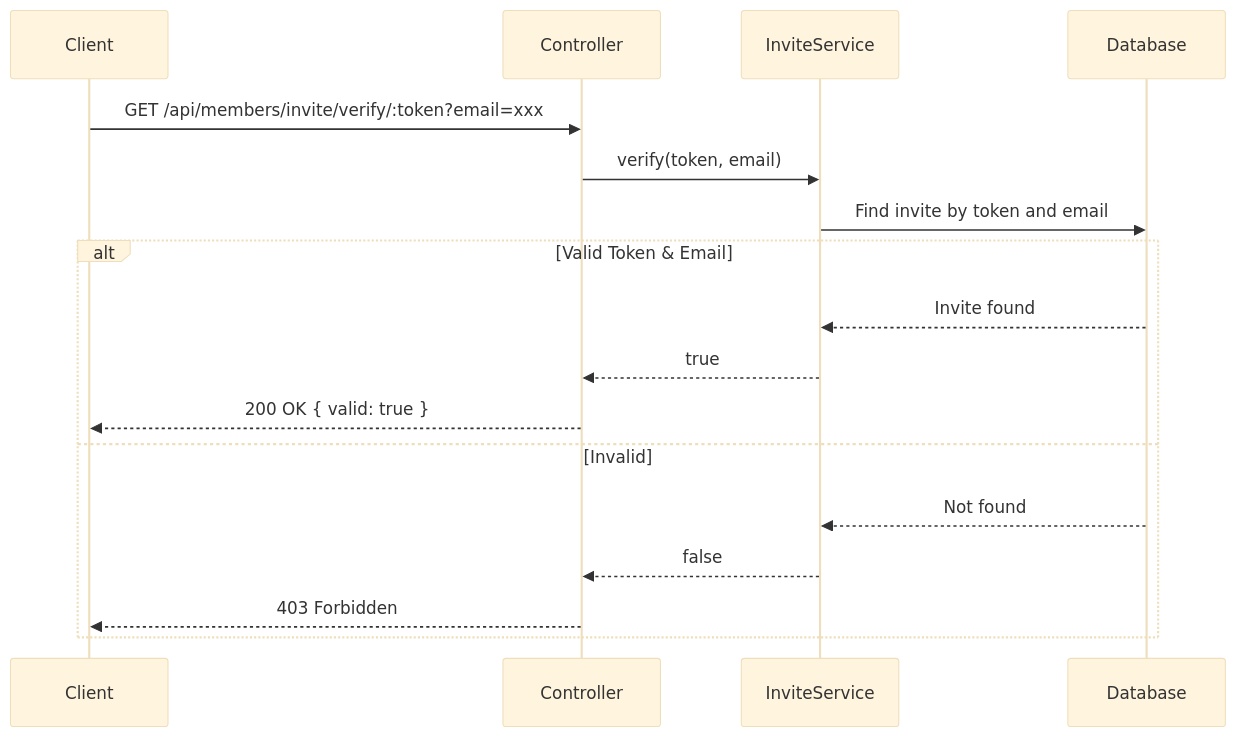
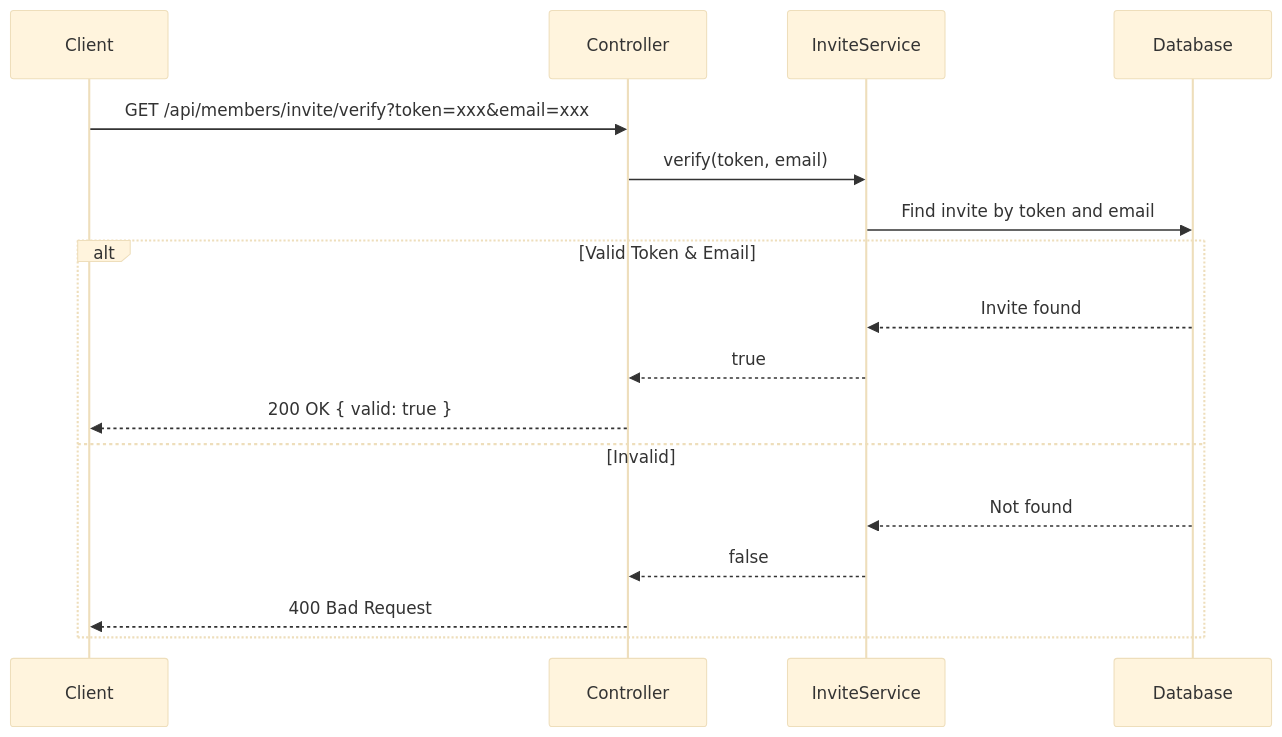
One commit to ivan-shalimov/community changed the third of 3 diagrams in community-web-api/src/modules/members/readme.md. Above: the diagram before and after it, drawn with Mermaid (base theme). The commit also changed other lines of this file and 1 other file, not shown here.

````diff
--- a/community-web-api/src/modules/members/readme.md
+++ b/community-web-api/src/modules/members/readme.md
@@ -115,21 +115,21 @@
 ```mermaid
 sequenceDiagram
     participant Client
     participant Controller
     participant InviteService
     participant Database
 
-    Client->>Controller: GET /api/members/invite/verify/:token?email=xxx
+    Client->>Controller: GET /api/members/invite/verify?token=xxx&email=xxx
     Controller->>InviteService: verify(token, email)
     InviteService->>Database: Find invite by token and email
     
     alt Valid Token & Email
         Database-->>InviteService: Invite found
         InviteService-->>Controller: true
         Controller-->>Client: 200 OK { valid: true }
     else Invalid
         Database-->>InviteService: Not found
         InviteService-->>Controller: false
-        Controller-->>Client: 403 Forbidden
+        Controller-->>Client: 400 Bad Request
     end
 ```
````
